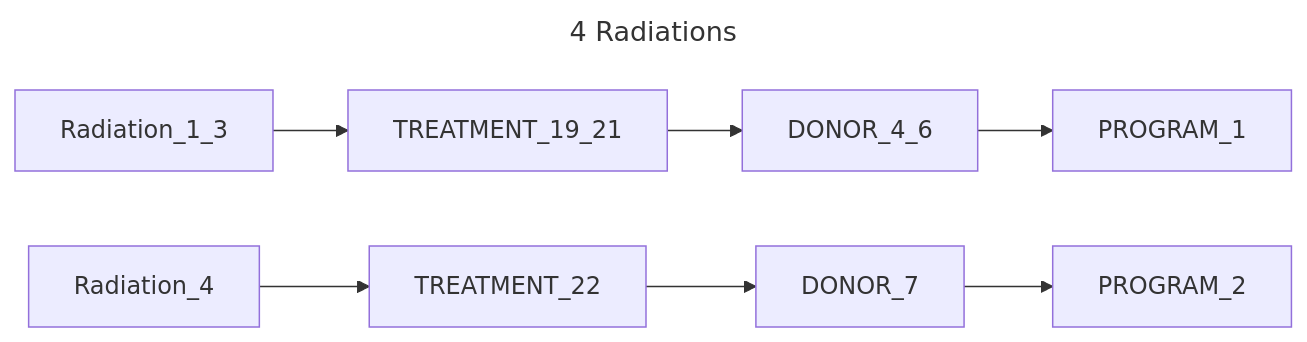
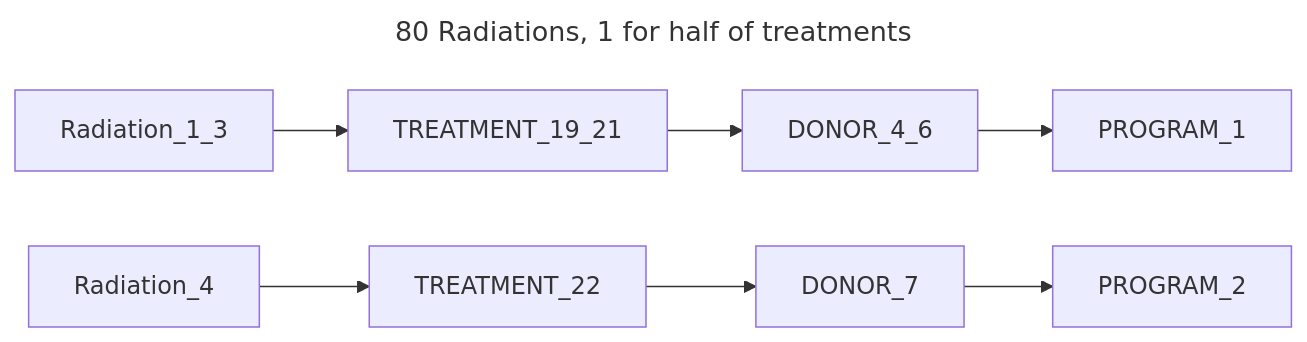
One commit to CanDIG/katsu changed the seventh of 13 diagrams in chord_metadata_service/mohpackets/data/small_dataset/README.md. Above: the diagram before and after it, drawn with Mermaid. The commit also changed other lines of this file, not shown here.

Commit message:
adjust sample graph

````diff
--- a/chord_metadata_service/mohpackets/data/small_dataset/README.md
+++ b/chord_metadata_service/mohpackets/data/small_dataset/README.md
@@ -156,8 +131,8 @@
 ```mermaid
 ---
-title: 4 Radiations
+title: 80 Radiations, 1 for half of treatments
 ---
 graph LR;  
   Radiation_1_3 --> TREATMENT_19_21 --> DONOR_4_6 --> PROGRAM_1;  
   Radiation_4 --> TREATMENT_22 --> DONOR_7 --> PROGRAM_2; 
 ```
````
